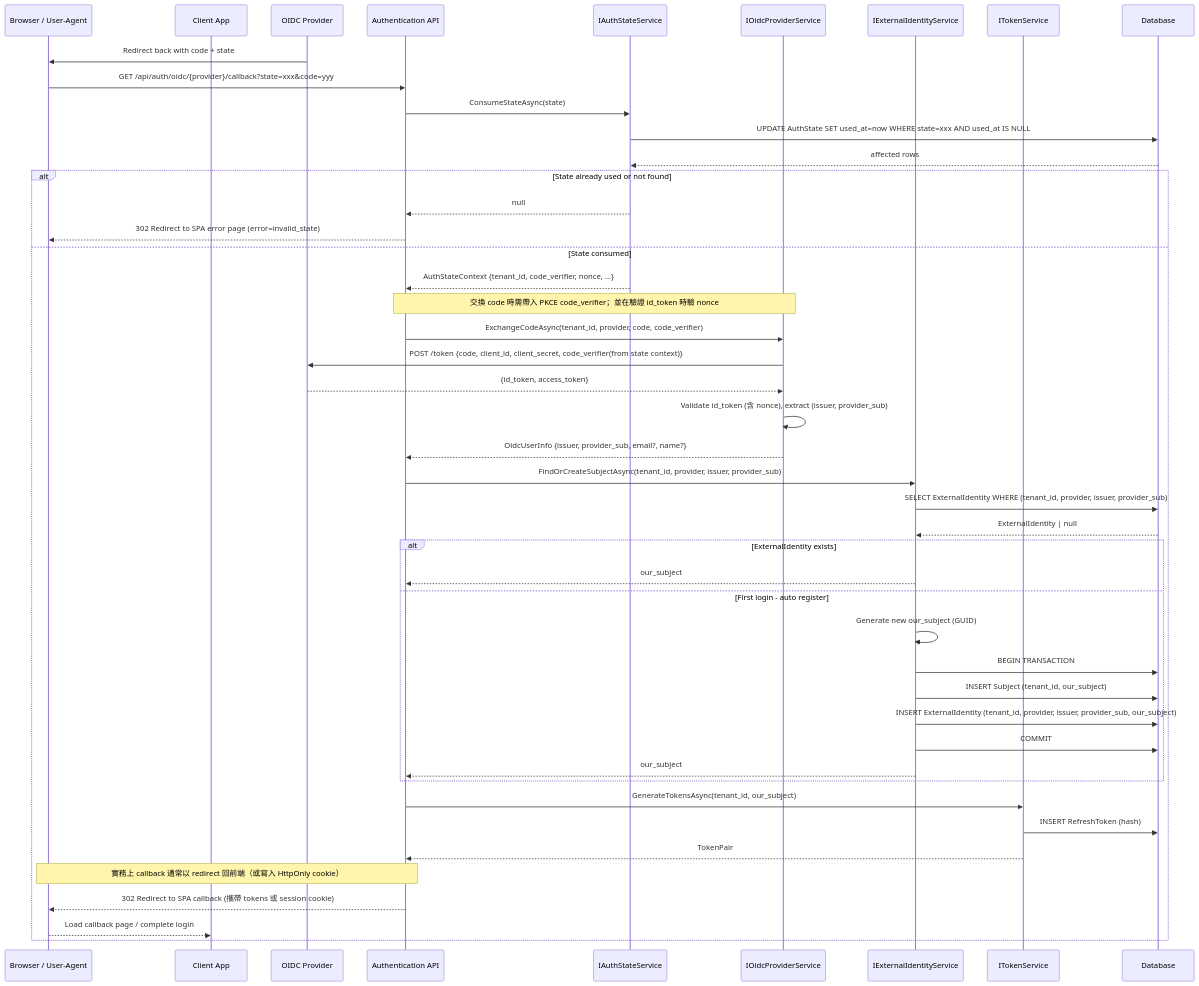
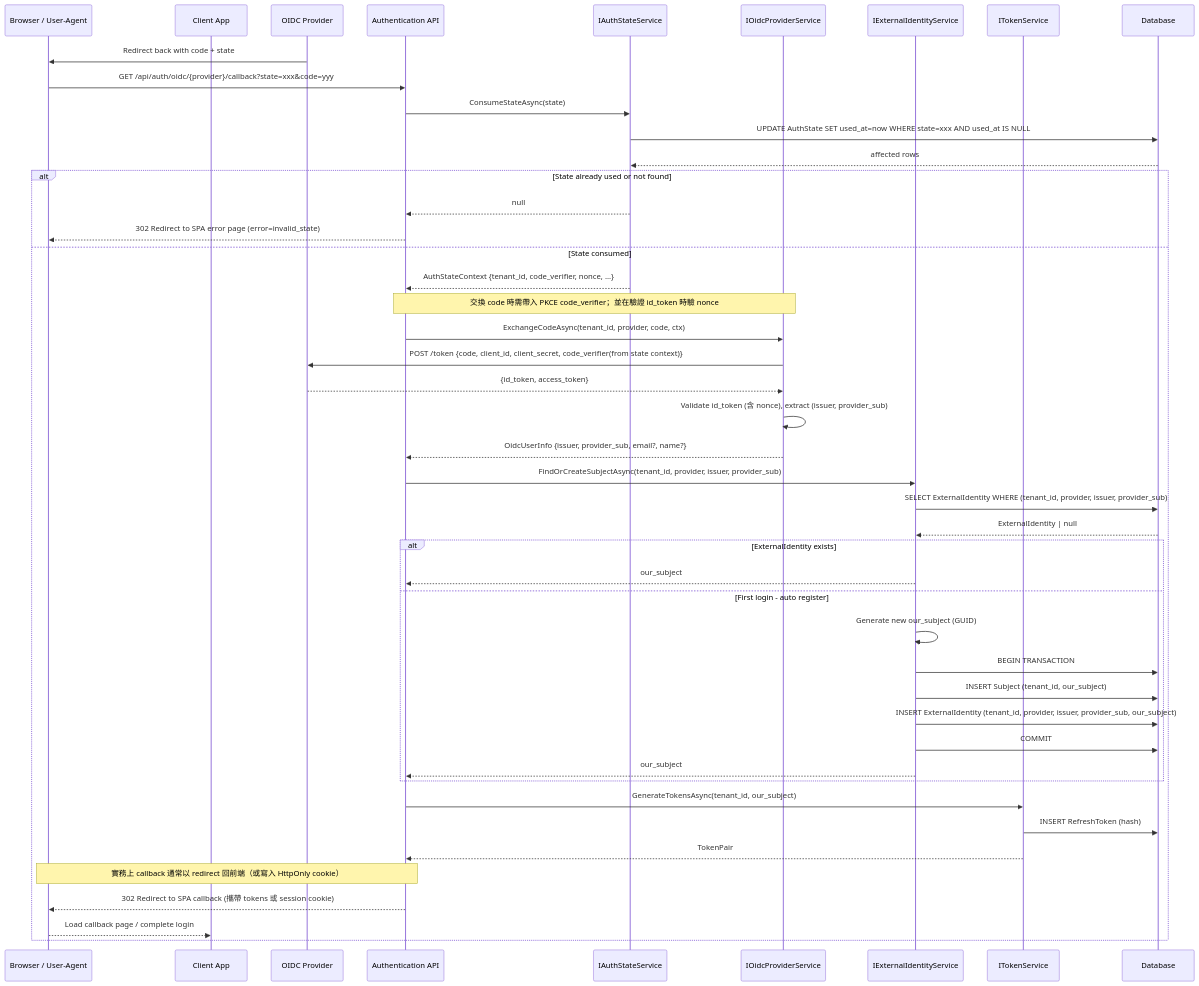
One commit to Bird73/Service changed the fourth of 12 diagrams in docs/SequenceDiagrams.md. Above: the diagram before and after it, drawn with Mermaid. The commit also changed other lines of this file and 6 other files, not shown here.

````diff
--- a/docs/SequenceDiagrams.md
+++ b/docs/SequenceDiagrams.md
@@ -108,53 +112,53 @@
 ```mermaid
 sequenceDiagram
     participant B as Browser / User-Agent
     participant SPA as Client App
     participant P as OIDC Provider
     participant API as Authentication API
     participant SS as IAuthStateService
     participant PS as IOidcProviderService
     participant ES as IExternalIdentityService
     participant TS as ITokenService
     participant DB as Database
 
     P->>B: Redirect back with code + state
     B->>API: GET /api/auth/oidc/{provider}/callback?state=xxx&code=yyy
     API->>SS: ConsumeStateAsync(state)
     SS->>DB: UPDATE AuthState SET used_at=now WHERE state=xxx AND used_at IS NULL
     DB-->>SS: affected rows
 
     alt State already used or not found
         SS-->>API: null
         API-->>B: 302 Redirect to SPA error page (error=invalid_state)
     else State consumed
         SS-->>API: AuthStateContext {tenant_id, code_verifier, nonce, ...}
         note over API,PS: 交換 code 時需帶入 PKCE code_verifier；並在驗證 id_token 時驗 nonce
-        API->>PS: ExchangeCodeAsync(tenant_id, provider, code, code_verifier)
+        API->>PS: ExchangeCodeAsync(tenant_id, provider, code, ctx)
         PS->>P: POST /token {code, client_id, client_secret, code_verifier(from state context)}
         P-->>PS: {id_token, access_token}
         PS->>PS: Validate id_token (含 nonce), extract (issuer, provider_sub)
         PS-->>API: OidcUserInfo {issuer, provider_sub, email?, name?}
 
         API->>ES: FindOrCreateSubjectAsync(tenant_id, provider, issuer, provider_sub)
         ES->>DB: SELECT ExternalIdentity WHERE (tenant_id, provider, issuer, provider_sub)
         DB-->>ES: ExternalIdentity | null
 
         alt ExternalIdentity exists
             ES-->>API: our_subject
         else First login - auto register
             ES->>ES: Generate new our_subject (GUID)
             ES->>DB: BEGIN TRANSACTION
             ES->>DB: INSERT Subject (tenant_id, our_subject)
             ES->>DB: INSERT ExternalIdentity (tenant_id, provider, issuer, provider_sub, our_subject)
             ES->>DB: COMMIT
             ES-->>API: our_subject
         end
 
         API->>TS: GenerateTokensAsync(tenant_id, our_subject)
         TS->>DB: INSERT RefreshToken (hash)
         TS-->>API: TokenPair
         note over API,B: 實務上 callback 通常以 redirect 回前端（或寫入 HttpOnly cookie）
         API-->>B: 302 Redirect to SPA callback (攜帶 tokens 或 session cookie)
         B-->>SPA: Load callback page / complete login
     end
 ```
````
